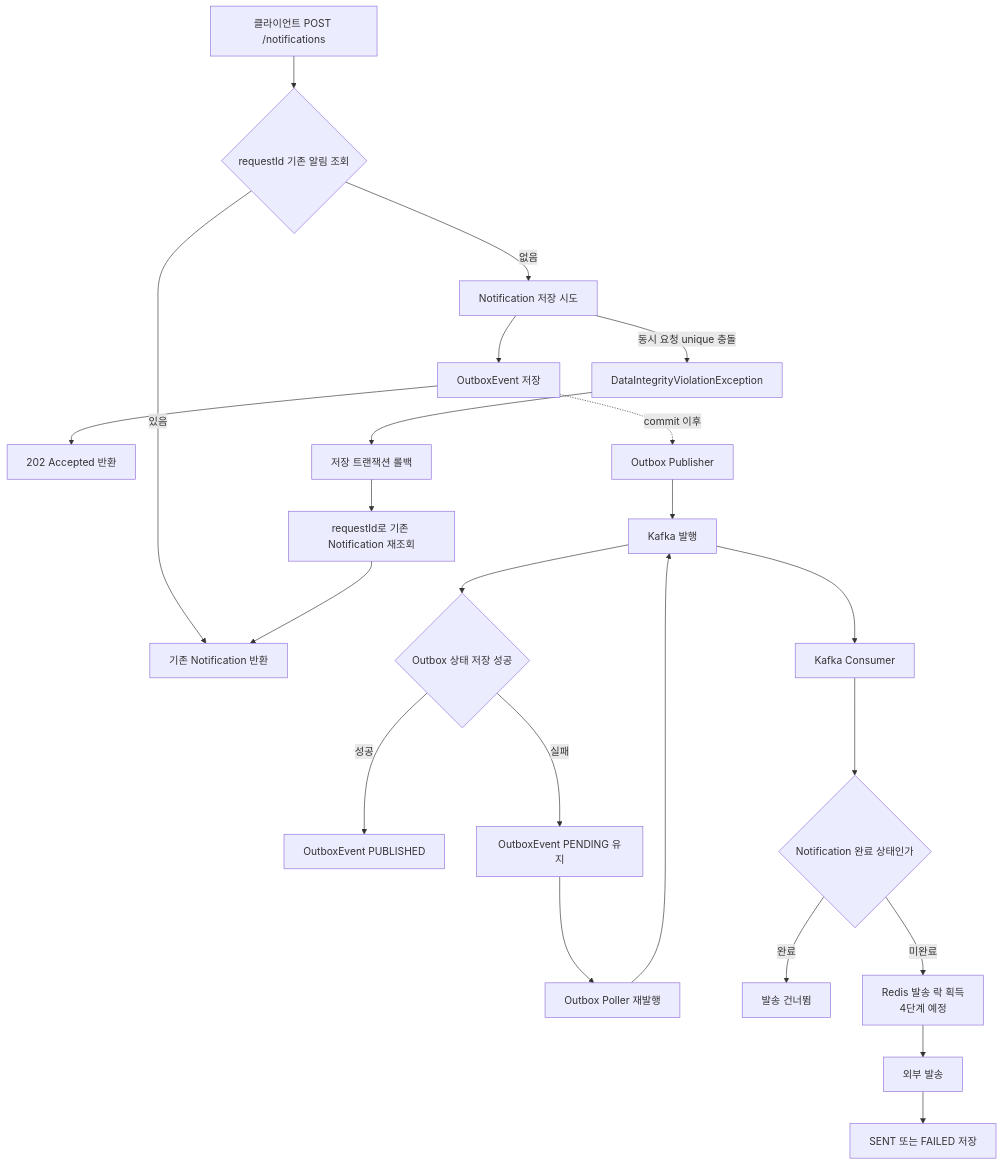
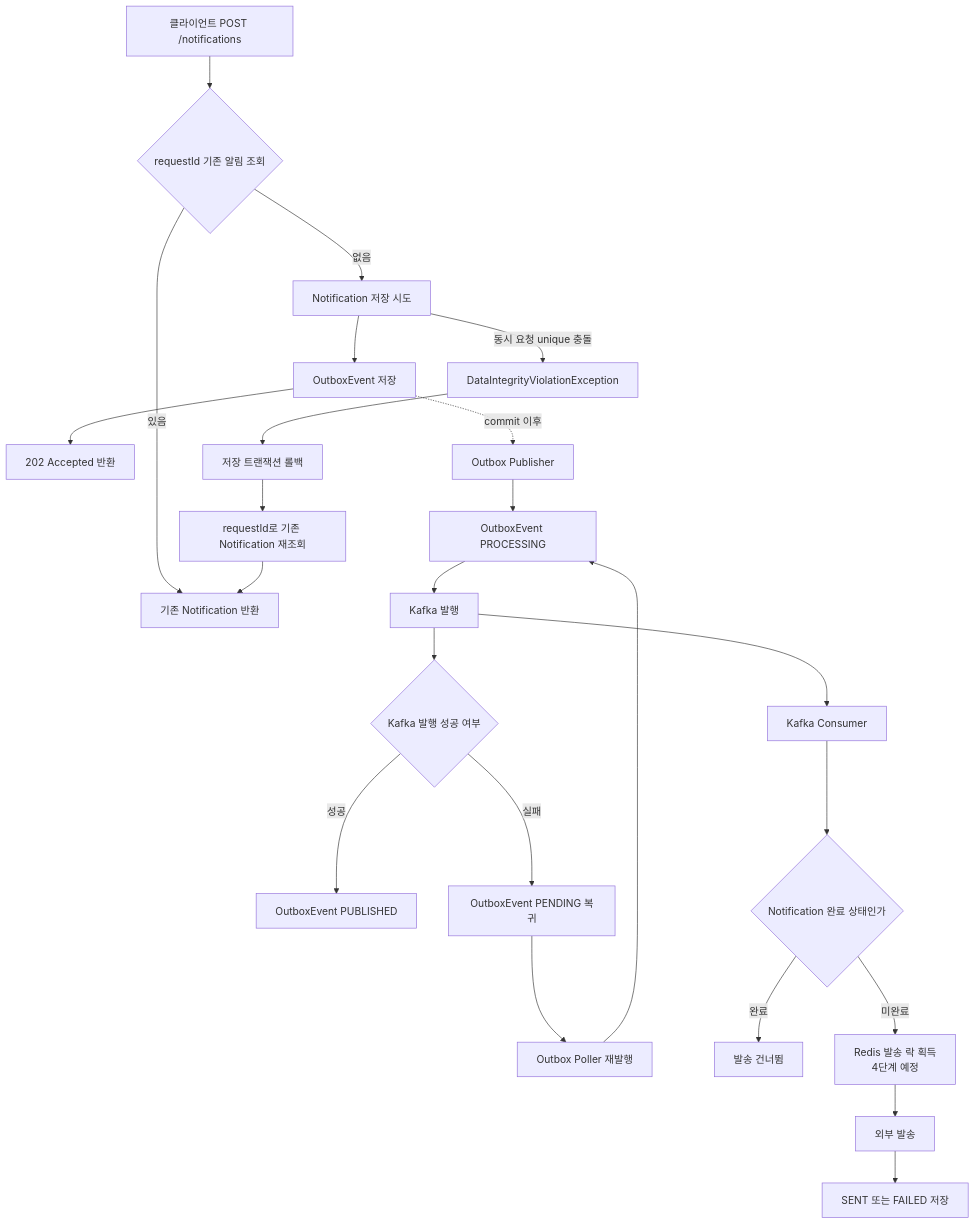
Before and after one commit to Ogu1208/notification-delivery-system: the first of 4 diagrams in docs/멱등성과중복처리.md, drawn with Mermaid. The commit also changed other lines of this file and 10 other files, not shown here.

````diff
--- a/docs/멱등성과중복처리.md
+++ b/docs/멱등성과중복처리.md
@@ -20,28 +20,29 @@
 ```mermaid
 flowchart TD
     A["클라이언트 POST /notifications"] --> B{"requestId 기존 알림 조회"}
     B -->|"있음"| C["기존 Notification 반환"]
     B -->|"없음"| D["Notification 저장 시도"]
     D --> E["OutboxEvent 저장"]
     E --> F["202 Accepted 반환"]
 
     D -->|"동시 요청 unique 충돌"| G["DataIntegrityViolationException"]
     G --> H["저장 트랜잭션 롤백"]
     H --> I["requestId로 기존 Notification 재조회"]
     I --> C
 
     E -. "commit 이후" .-> J["Outbox Publisher"]
-    J --> K["Kafka 발행"]
-    K --> L{"Outbox 상태 저장 성공"}
-    L -->|"성공"| M["OutboxEvent PUBLISHED"]
-    L -->|"실패"| N["OutboxEvent PENDING 유지"]
-    N --> O["Outbox Poller 재발행"]
-    O --> K
+    J --> K["OutboxEvent PROCESSING"]
+    K --> L["Kafka 발행"]
+    L --> M{"Kafka 발행 성공 여부"}
+    M -->|"성공"| N["OutboxEvent PUBLISHED"]
+    M -->|"실패"| O["OutboxEvent PENDING 복귀"]
+    O --> P["Outbox Poller 재발행"]
+    P --> K
 
-    K --> P["Kafka Consumer"]
-    P --> Q{"Notification 완료 상태인가"}
-    Q -->|"완료"| R["발송 건너뜀"]
-    Q -->|"미완료"| S["Redis 발송 락 획득<br/>4단계 예정"]
-    S --> T["외부 발송"]
-    T --> U["SENT 또는 FAILED 저장"]
+    L --> Q["Kafka Consumer"]
+    Q --> R{"Notification 완료 상태인가"}
+    R -->|"완료"| S["발송 건너뜀"]
+    R -->|"미완료"| T["Redis 발송 락 획득<br/>4단계 예정"]
+    T --> U["외부 발송"]
+    U --> V["SENT 또는 FAILED 저장"]
 ```
````
